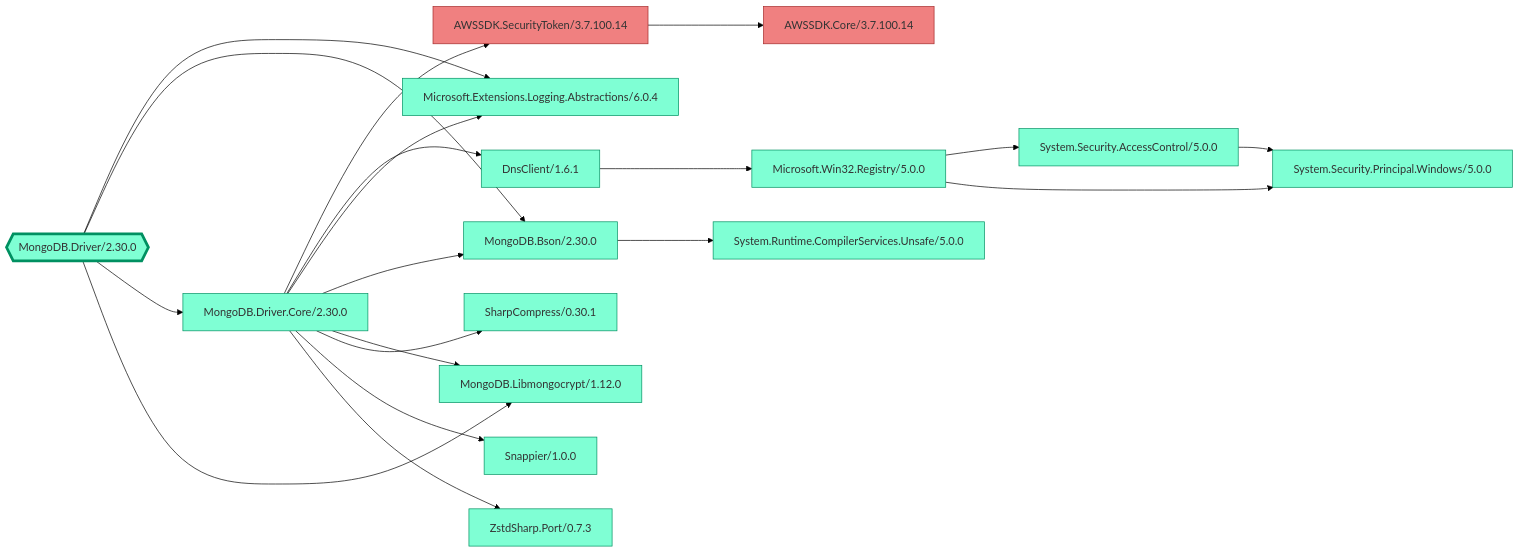
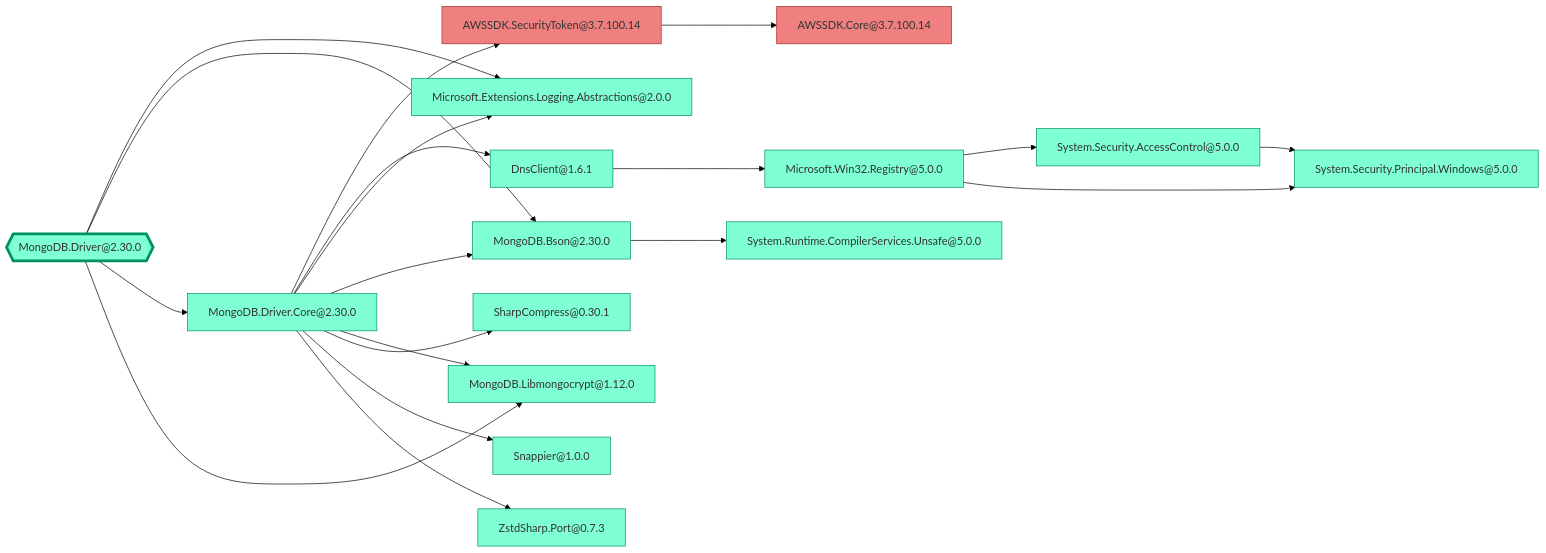
Before and after one commit to 0xced/Chisel: the second of 7 diagrams in README.md, drawn with Mermaid (forest theme). The commit also changed other lines of this file and 12 other files, not shown here.

Commit message:
Use @ instead of / as separator when including versions in the graph

````diff
--- a/README.md
+++ b/README.md
@@ -96,43 +96,43 @@
 ```mermaid
 graph LR
 
 classDef root stroke-width:4px
 classDef default fill:aquamarine,stroke:#009061,color:#333333
 classDef removed fill:lightcoral,stroke:#A42A2A
 
-AWSSDK.SecurityToken/3.7.100.14 --> AWSSDK.Core/3.7.100.14
-DnsClient/1.6.1 --> Microsoft.Win32.Registry/5.0.0
-Microsoft.Win32.Registry/5.0.0 --> System.Security.AccessControl/5.0.0
-Microsoft.Win32.Registry/5.0.0 --> System.Security.Principal.Windows/5.0.0
-MongoDB.Bson/2.30.0 --> System.Runtime.CompilerServices.Unsafe/5.0.0
-MongoDB.Driver/2.30.0{{MongoDB.Driver/2.30.0}} --> Microsoft.Extensions.Logging.Abstractions/6.0.4
-MongoDB.Driver/2.30.0 --> MongoDB.Bson/2.30.0
-MongoDB.Driver/2.30.0 --> MongoDB.Driver.Core/2.30.0
-MongoDB.Driver/2.30.0 --> MongoDB.Libmongocrypt/1.12.0
-MongoDB.Driver.Core/2.30.0 --> AWSSDK.SecurityToken/3.7.100.14
-MongoDB.Driver.Core/2.30.0 --> DnsClient/1.6.1
-MongoDB.Driver.Core/2.30.0 --> Microsoft.Extensions.Logging.Abstractions/6.0.4
-MongoDB.Driver.Core/2.30.0 --> MongoDB.Bson/2.30.0
-MongoDB.Driver.Core/2.30.0 --> MongoDB.Libmongocrypt/1.12.0
-MongoDB.Driver.Core/2.30.0 --> SharpCompress/0.30.1
-MongoDB.Driver.Core/2.30.0 --> Snappier/1.0.0
-MongoDB.Driver.Core/2.30.0 --> ZstdSharp.Port/0.7.3
-System.Security.AccessControl/5.0.0 --> System.Security.Principal.Windows/5.0.0
+AWSSDK.SecurityToken[AWSSDK.SecurityToken#64;3.7.100.14] --> AWSSDK.Core[AWSSDK.Core#64;3.7.100.14]
+DnsClient[DnsClient#64;1.6.1] --> Microsoft.Win32.Registry[Microsoft.Win32.Registry#64;5.0.0]
+Microsoft.Win32.Registry --> System.Security.AccessControl[System.Security.AccessControl#64;5.0.0]
+Microsoft.Win32.Registry --> System.Security.Principal.Windows[System.Security.Principal.Windows#64;5.0.0]
+MongoDB.Bson[MongoDB.Bson#64;2.30.0] --> System.Runtime.CompilerServices.Unsafe[System.Runtime.CompilerServices.Unsafe#64;5.0.0]
+MongoDB.Driver{{MongoDB.Driver#64;2.30.0}} --> Microsoft.Extensions.Logging.Abstractions[Microsoft.Extensions.Logging.Abstractions#64;2.0.0]
+MongoDB.Driver --> MongoDB.Bson
+MongoDB.Driver --> MongoDB.Driver.Core[MongoDB.Driver.Core#64;2.30.0]
+MongoDB.Driver --> MongoDB.Libmongocrypt[MongoDB.Libmongocrypt#64;1.12.0]
+MongoDB.Driver.Core --> AWSSDK.SecurityToken
+MongoDB.Driver.Core --> DnsClient
+MongoDB.Driver.Core --> Microsoft.Extensions.Logging.Abstractions
+MongoDB.Driver.Core --> MongoDB.Bson
+MongoDB.Driver.Core --> MongoDB.Libmongocrypt
+MongoDB.Driver.Core --> SharpCompress[SharpCompress#64;0.30.1]
+MongoDB.Driver.Core --> Snappier[Snappier#64;1.0.0]
+MongoDB.Driver.Core --> ZstdSharp.Port[ZstdSharp.Port#64;0.7.3]
+System.Security.AccessControl --> System.Security.Principal.Windows
 
-class AWSSDK.Core/3.7.100.14 removed
-class AWSSDK.SecurityToken/3.7.100.14 removed
-class DnsClient/1.6.1 default
-class Microsoft.Extensions.Logging.Abstractions/6.0.4 default
-class Microsoft.Win32.Registry/5.0.0 default
-class MongoDB.Bson/2.30.0 default
-class MongoDB.Driver/2.30.0 root
-class MongoDB.Driver/2.30.0 default
-class MongoDB.Driver.Core/2.30.0 default
-class MongoDB.Libmongocrypt/1.12.0 default
-class SharpCompress/0.30.1 default
-class Snappier/1.0.0 default
-class System.Runtime.CompilerServices.Unsafe/5.0.0 default
-class System.Security.AccessControl/5.0.0 default
-class System.Security.Principal.Windows/5.0.0 default
-class ZstdSharp.Port/0.7.3 default
+class AWSSDK.Core removed
+class AWSSDK.SecurityToken removed
+class DnsClient default
+class Microsoft.Extensions.Logging.Abstractions default
+class Microsoft.Win32.Registry default
+class MongoDB.Bson default
+class MongoDB.Driver root
+class MongoDB.Driver default
+class MongoDB.Driver.Core default
+class MongoDB.Libmongocrypt default
+class SharpCompress default
+class Snappier default
+class System.Runtime.CompilerServices.Unsafe default
+class System.Security.AccessControl default
+class System.Security.Principal.Windows default
+class ZstdSharp.Port default
 ```
````
